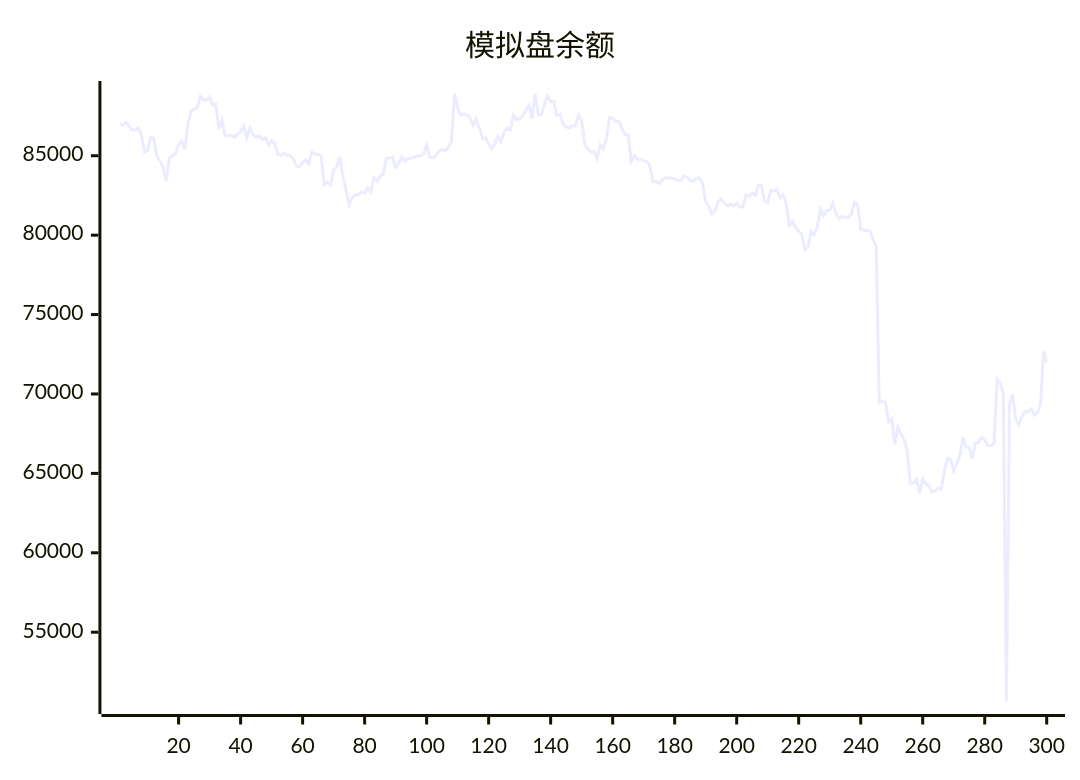
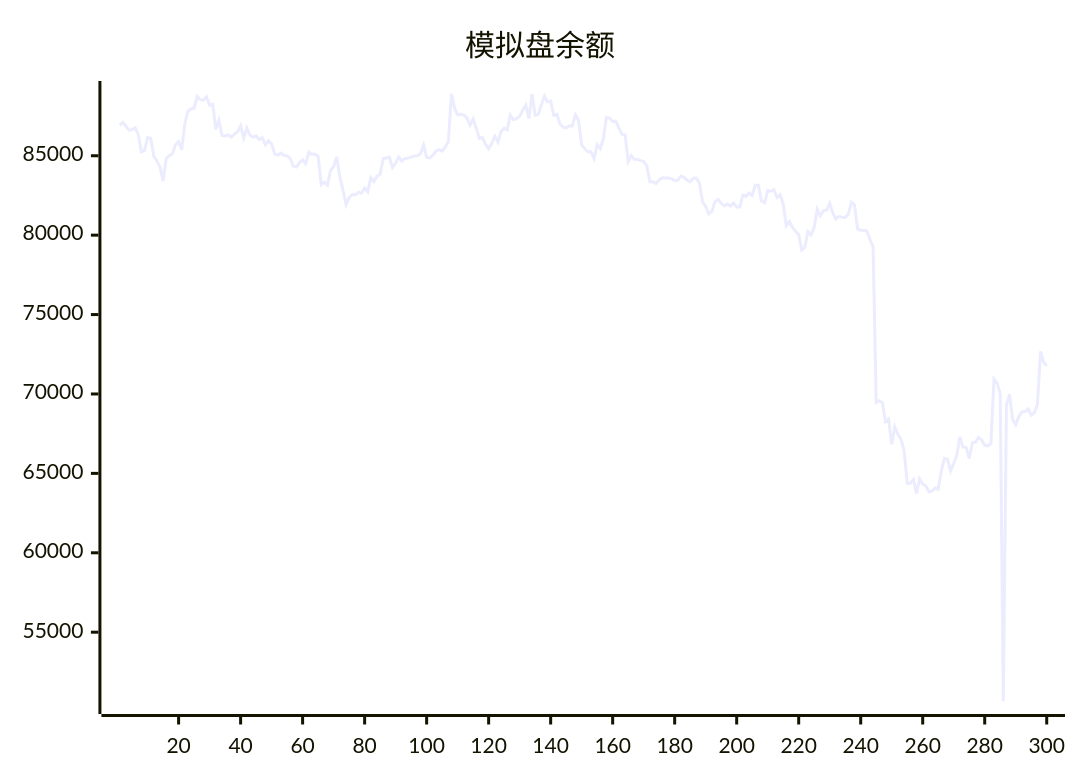
Before and after one commit to aahl/ai-trading: the diagram in README.md, drawn with Mermaid. The commit also changed other lines of this file and 1 other file, not shown here.

````diff
--- a/README.md
+++ b/README.md
@@ -5,5 +5,5 @@
 ```mermaid
 xychart
     title "模拟盘余额"
-    line [87018,86917,87102,86870,86613,86644,86758,86317,85242,85334,86149,86106,84968,84671,84302,83410,84816,85001,85127,85693,85891,85384,87001,87811,87945,88007,88734,88528,88495,88705,88189,88248,86662,87234,86279,86251,86314,86177,86364,86503,86886,86114,86731,86310,86176,86240,86017,86136,85685,85938,85749,85111,85044,85164,85016,85008,84824,84354,84287,84572,84745,84500,85234,85096,85095,84970,83180,83338,83157,84070,84309,84922,83667,82850,81924,82369,82552,82539,82695,82648,82962,82728,83619,83378,83710,83825,84819,84854,84917,84265,84527,84919,84668,84834,84850,84916,84981,85004,85131,85674,84891,84864,85019,85284,85393,85294,85538,85894,88904,88012,87567,87625,87568,87386,86920,87313,86737,86094,86143,85725,85437,85787,86219,85859,86526,86740,86630,87563,87264,87335,87483,87886,88180,87335,88894,87544,87608,88207,88755,88401,88444,87543,87608,87000,86810,86740,86894,86884,87576,87209,85686,85435,85251,85255,84820,85689,85453,86066,87420,87373,87161,87178,86740,86341,86315,84643,85012,84772,84768,84690,84635,84376,83360,83357,83259,83474,83608,83606,83602,83548,83440,83454,83724,83644,83464,83365,83590,83592,83275,82072,81806,81344,81492,82109,82254,82006,81848,81955,81829,82022,81769,81776,82522,82441,82656,82498,83144,83144,82150,82038,82797,82763,82872,82367,82536,81981,80612,80862,80484,80242,80034,79063,79245,80226,80016,80507,81625,81233,81544,81578,82016,81401,81019,81186,81130,81118,81306,82066,81909,80392,80304,80291,80258,79729,79261,69466,69579,69456,68251,68415,66832,67911,67462,67144,66432,64380,64375,64606,63740,64647,64324,64216,63842,63877,64078,64008,65156,65945,65888,65157,65625,66144,67284,66653,66639,65924,66925,66956,67263,67108,66766,66729,66886,70927,70673,70049,50652,69334,69973,68400,68061,68578,68876,68879,69055,68662,68822,69329,72687,71999]
+    line [86917,87102,86870,86613,86644,86758,86317,85242,85334,86149,86106,84968,84671,84302,83410,84816,85001,85127,85693,85891,85384,87001,87811,87945,88007,88734,88528,88495,88705,88189,88248,86662,87234,86279,86251,86314,86177,86364,86503,86886,86114,86731,86310,86176,86240,86017,86136,85685,85938,85749,85111,85044,85164,85016,85008,84824,84354,84287,84572,84745,84500,85234,85096,85095,84970,83180,83338,83157,84070,84309,84922,83667,82850,81924,82369,82552,82539,82695,82648,82962,82728,83619,83378,83710,83825,84819,84854,84917,84265,84527,84919,84668,84834,84850,84916,84981,85004,85131,85674,84891,84864,85019,85284,85393,85294,85538,85894,88904,88012,87567,87625,87568,87386,86920,87313,86737,86094,86143,85725,85437,85787,86219,85859,86526,86740,86630,87563,87264,87335,87483,87886,88180,87335,88894,87544,87608,88207,88755,88401,88444,87543,87608,87000,86810,86740,86894,86884,87576,87209,85686,85435,85251,85255,84820,85689,85453,86066,87420,87373,87161,87178,86740,86341,86315,84643,85012,84772,84768,84690,84635,84376,83360,83357,83259,83474,83608,83606,83602,83548,83440,83454,83724,83644,83464,83365,83590,83592,83275,82072,81806,81344,81492,82109,82254,82006,81848,81955,81829,82022,81769,81776,82522,82441,82656,82498,83144,83144,82150,82038,82797,82763,82872,82367,82536,81981,80612,80862,80484,80242,80034,79063,79245,80226,80016,80507,81625,81233,81544,81578,82016,81401,81019,81186,81130,81118,81306,82066,81909,80392,80304,80291,80258,79729,79261,69466,69579,69456,68251,68415,66832,67911,67462,67144,66432,64380,64375,64606,63740,64647,64324,64216,63842,63877,64078,64008,65156,65945,65888,65157,65625,66144,67284,66653,66639,65924,66925,66956,67263,67108,66766,66729,66886,70927,70673,70049,50652,69334,69973,68400,68061,68578,68876,68879,69055,68662,68822,69329,72687,71999,71760]
 ```
````
